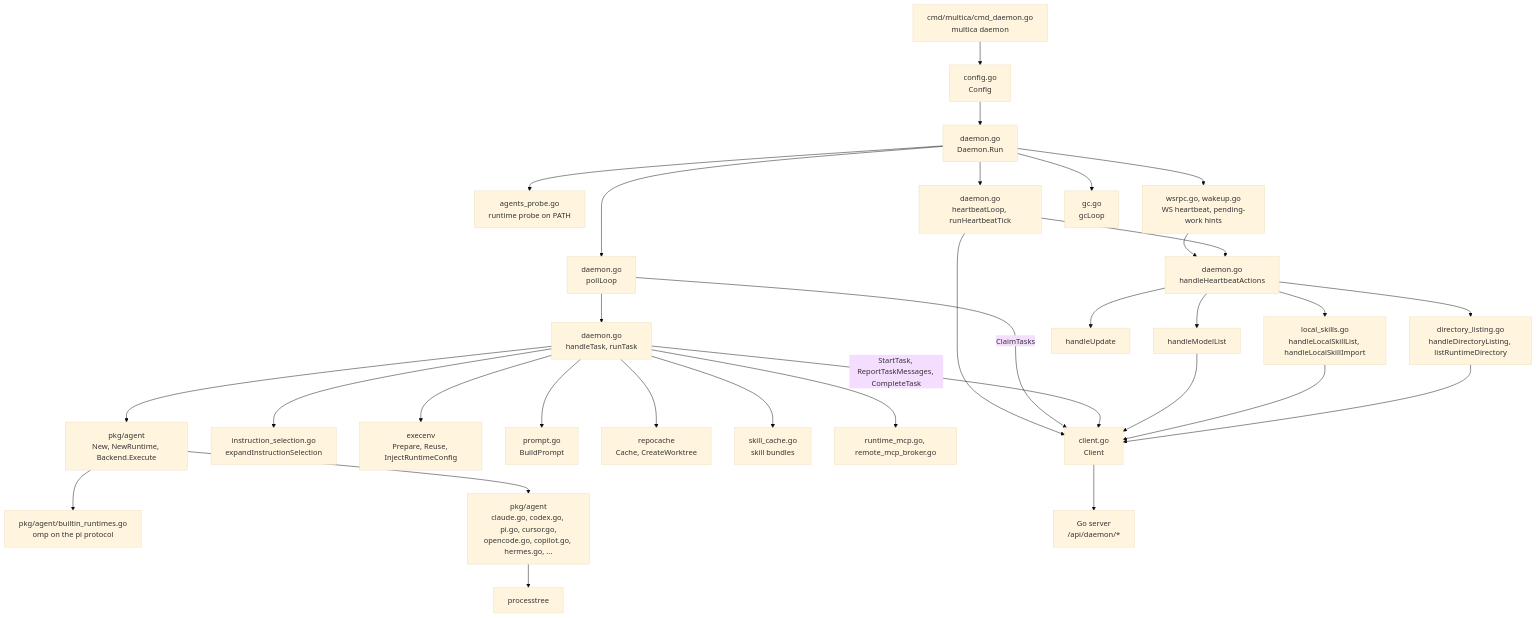
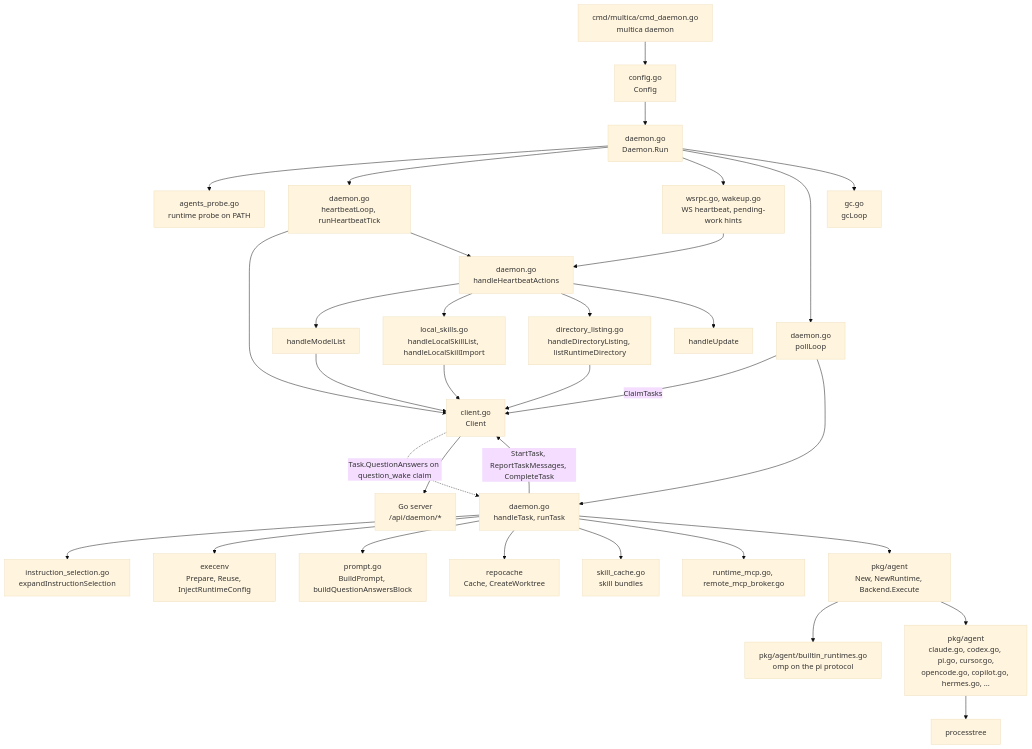
The third of 6 diagrams in specs/docs/system-design.md (appboypov/multica), drawn with Mermaid (base theme) before and after one commit. The commit also changed other lines of this file and 39 other files, not shown here.

Commit message:
feat(questions): ask members and wake with answers (DAS-466)

````diff
--- a/specs/docs/system-design.md
+++ b/specs/docs/system-design.md
@@ -144,60 +157,61 @@
 ```mermaid
 flowchart TB
   cmd["cmd/multica/cmd_daemon.go<br/>multica daemon"]
   config["config.go<br/>Config"]
   run["daemon.go<br/>Daemon.Run"]
   probe["agents_probe.go<br/>runtime probe on PATH"]
   client["client.go<br/>Client"]
   hb["daemon.go<br/>heartbeatLoop, runHeartbeatTick"]
   ws["wsrpc.go, wakeup.go<br/>WS heartbeat, pending-work hints"]
   actions["daemon.go<br/>handleHeartbeatActions"]
   models["handleModelList"]
   localskills["local_skills.go<br/>handleLocalSkillList, handleLocalSkillImport"]
   dirlist["directory_listing.go<br/>handleDirectoryListing, listRuntimeDirectory"]
   selection["instruction_selection.go<br/>expandInstructionSelection"]
   update["handleUpdate"]
   poll["daemon.go<br/>pollLoop"]
   task["daemon.go<br/>handleTask, runTask"]
   execenv["execenv<br/>Prepare, Reuse, InjectRuntimeConfig"]
-  prompt["prompt.go<br/>BuildPrompt"]
+  prompt["prompt.go<br/>BuildPrompt, buildQuestionAnswersBlock"]
   repocache["repocache<br/>Cache, CreateWorktree"]
   skillcache["skill_cache.go<br/>skill bundles"]
   mcp["runtime_mcp.go, remote_mcp_broker.go"]
   agentpkg["pkg/agent<br/>New, NewRuntime, Backend.Execute"]
   builtin["pkg/agent/builtin_runtimes.go<br/>omp on the pi protocol"]
   backends["pkg/agent<br/>claude.go, codex.go, pi.go, cursor.go,<br/>opencode.go, copilot.go, hermes.go, ..."]
   procs["processtree"]
   gc["gc.go<br/>gcLoop"]
   server["Go server<br/>/api/daemon/*"]
 
   cmd --> config --> run
   run --> probe
   run --> hb
   run --> ws
   run --> poll
   run --> gc
   hb --> client
   ws --> actions
   hb --> actions
   actions --> models
   actions --> localskills
   actions --> dirlist
   actions --> update
   poll -->|"ClaimTasks"| client
+  client -.->|"Task.QuestionAnswers on question_wake claim"| task
   poll --> task
   task --> selection
   task --> execenv
   task --> prompt
   task --> repocache
   task --> skillcache
   task --> mcp
   task --> agentpkg
   agentpkg --> builtin
   agentpkg --> backends
   backends --> procs
   task -->|"StartTask, ReportTaskMessages, CompleteTask"| client
   models --> client
   localskills --> client
   dirlist --> client
   client --> server
 ```
````
